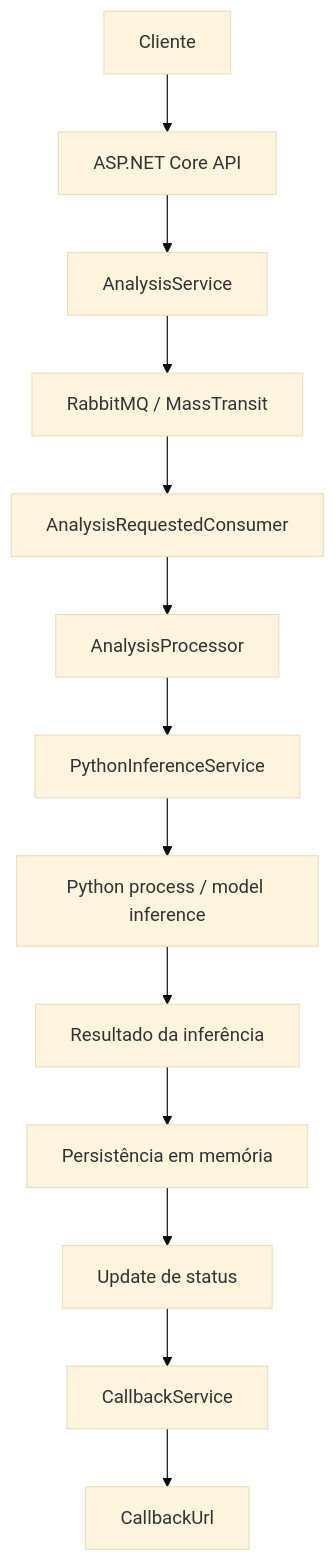
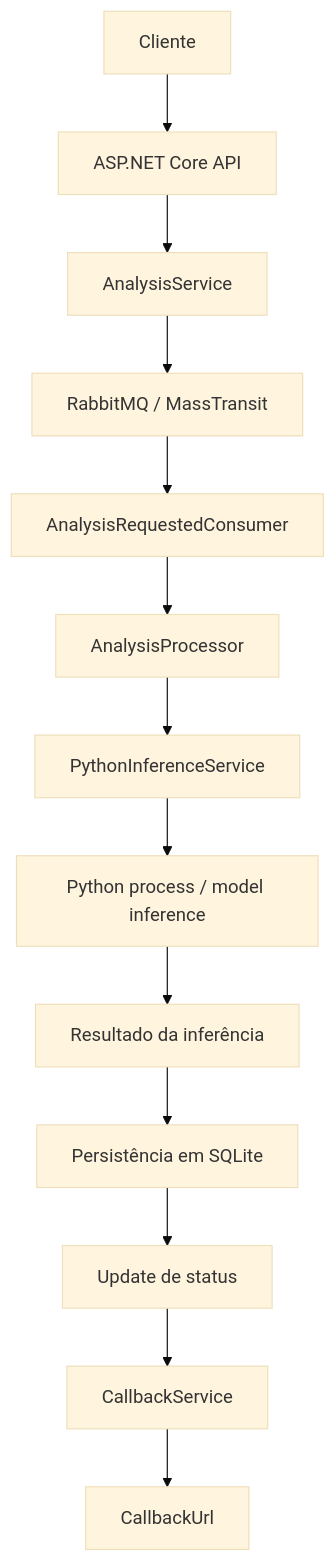
The diagram in README.md (vitorhugo8735/PlantAiMonitor), drawn with Mermaid (base theme) before and after one commit. The commit also changed other lines of this file and 64 other files, not shown here.

````diff
--- a/README.md
+++ b/README.md
@@ -23,15 +23,15 @@
 ```mermaid
 flowchart TD
     A[Cliente] --> B[ASP.NET Core API]
     B --> C[AnalysisService]
     C --> D[RabbitMQ / MassTransit]
     D --> E[AnalysisRequestedConsumer]
     E --> F[AnalysisProcessor]
     F --> G[PythonInferenceService]
     G --> H[Python process / model inference]
     H --> I[Resultado da inferência]
-    I --> J[Persistência em memória]
+    I --> J[Persistência em SQLite]
     J --> K[Update de status]
     K --> L[CallbackService]
     L --> M[CallbackUrl]
 ```
````
